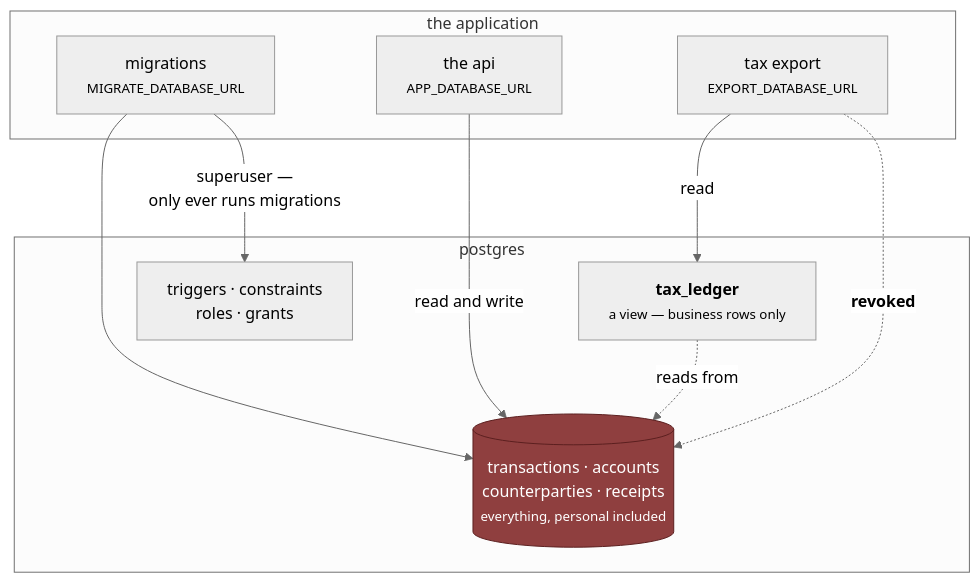
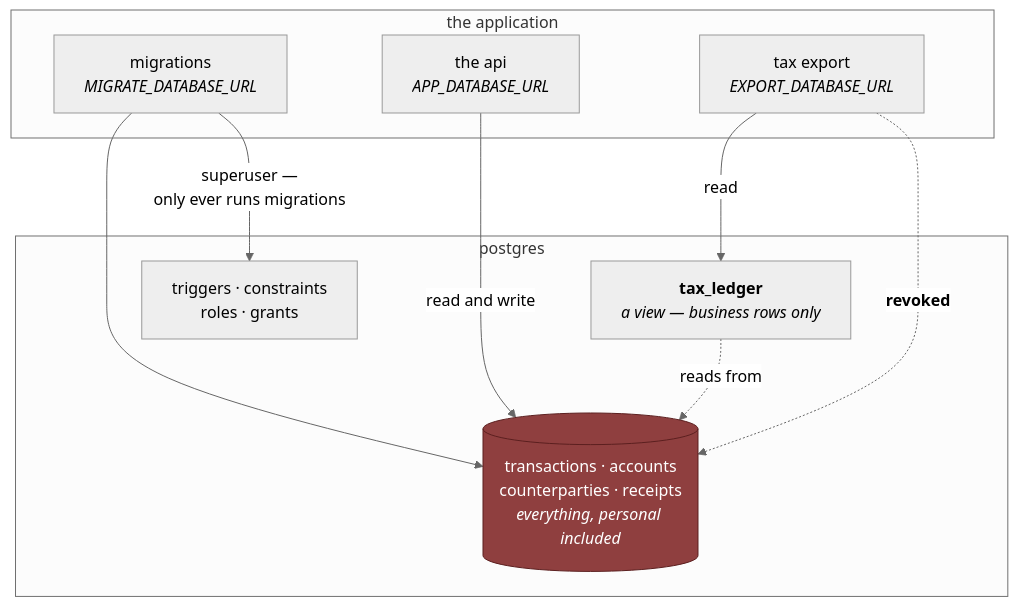
One commit to VoltLightning/waltning changed the first of 3 diagrams in docs/wiki/Tax-Isolation.md. Above: the diagram before and after it, drawn with Mermaid (neutral theme). The commit also changed other lines of this file and 15 other files, not shown here.

````diff
--- a/docs/wiki/Tax-Isolation.md
+++ b/docs/wiki/Tax-Isolation.md
@@ -26,24 +26,24 @@
 ```mermaid
 graph TB
     subgraph app["the application"]
-        MIG["migrations<br/><small>MIGRATE_DATABASE_URL</small>"]
-        API["the api<br/><small>APP_DATABASE_URL</small>"]
-        EXP["tax export<br/><small>EXPORT_DATABASE_URL</small>"]
+        MIG["migrations<br/><i>MIGRATE_DATABASE_URL</i>"]
+        API["the api<br/><i>APP_DATABASE_URL</i>"]
+        EXP["tax export<br/><i>EXPORT_DATABASE_URL</i>"]
     end
 
     subgraph pg["postgres"]
-        VIEW["<b>tax_ledger</b><br/><small>a view — business rows only</small>"]
-        TABLES[("transactions · accounts<br/>counterparties · receipts<br/><small>everything, personal included</small>")]
+        VIEW["<b>tax_ledger</b><br/><i>a view — business rows only</i>"]
+        TABLES[("transactions · accounts<br/>counterparties · receipts<br/><i>everything, personal included</i>")]
         OBJ["triggers · constraints<br/>roles · grants"]
     end
 
     MIG -->|"superuser —<br/>only ever runs migrations"| OBJ
     MIG --> TABLES
     API -->|"read and write"| TABLES
     EXP -->|"read"| VIEW
     VIEW -.->|"reads from"| TABLES
     EXP -.->|"<b>revoked</b>"| TABLES
 
     classDef danger fill:#8f3f3f,stroke:#5c2020,color:#fff
     class TABLES danger
 ```
````
